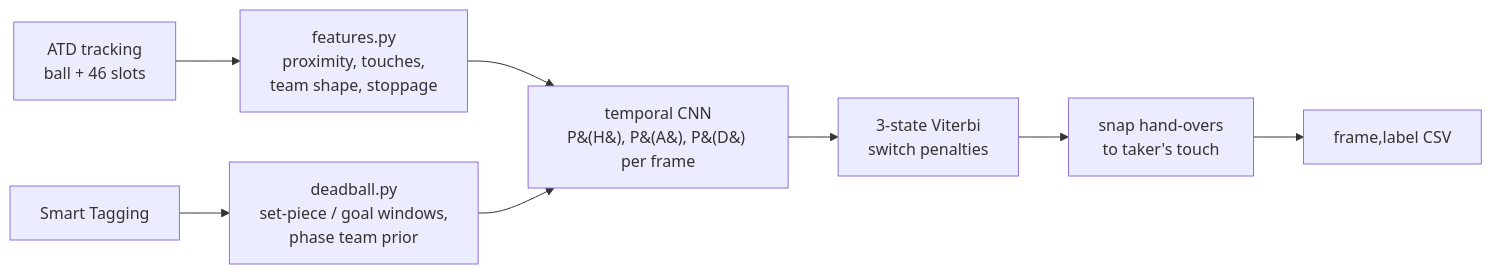
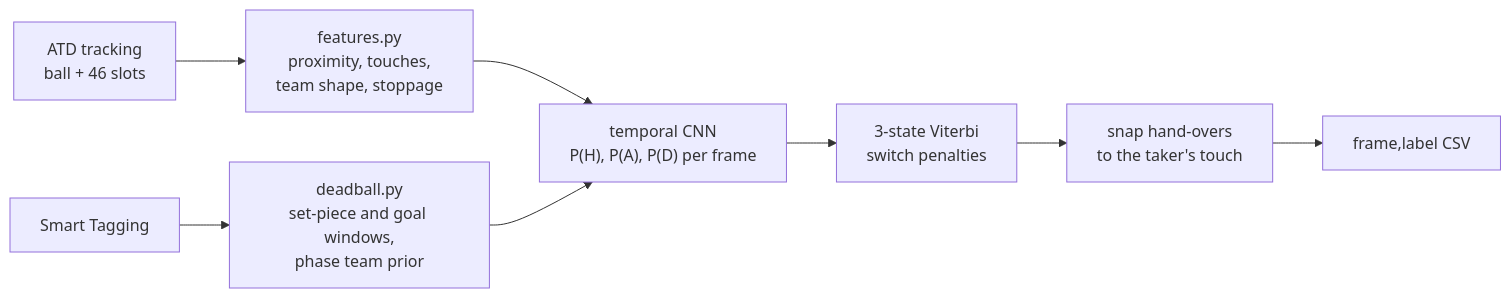
The diagram in README.md (agamemnon-labs/football-analytics), drawn with Mermaid before and after one commit. The commit also changed 1 other file, not shown here.

Commit message:
docs: fix README flowchart and cite this repository instead of the starter kit
Mermaid labels with parentheses must be quoted. CITATION.cff now names the team's software and lists the organisers' starter kit and the IDSSE paper as references.

````diff
--- a/README.md
+++ b/README.md
@@ -28,10 +28,10 @@
 ```mermaid
 flowchart LR
-    ATD[ATD tracking<br/>ball + 46 slots] --> F[features.py<br/>proximity, touches,<br/>team shape, stoppage]
-    ST[Smart Tagging] --> T[deadball.py<br/>set-piece / goal windows,<br/>phase team prior]
-    F --> N[temporal CNN<br/>P&#40;H&#41;, P&#40;A&#41;, P&#40;D&#41; per frame]
+    ATD["ATD tracking<br/>ball + 46 slots"] --> F["features.py<br/>proximity, touches,<br/>team shape, stoppage"]
+    ST["Smart Tagging"] --> T["deadball.py<br/>set-piece and goal windows,<br/>phase team prior"]
+    F --> N["temporal CNN<br/>P(H), P(A), P(D) per frame"]
     T --> N
-    N --> V[3-state Viterbi<br/>switch penalties]
-    V --> S[snap hand-overs<br/>to taker's touch]
-    S --> CSV[frame,label CSV]
+    N --> V["3-state Viterbi<br/>switch penalties"]
+    V --> S["snap hand-overs<br/>to the taker's touch"]
+    S --> CSV["frame,label CSV"]
 ```
````
